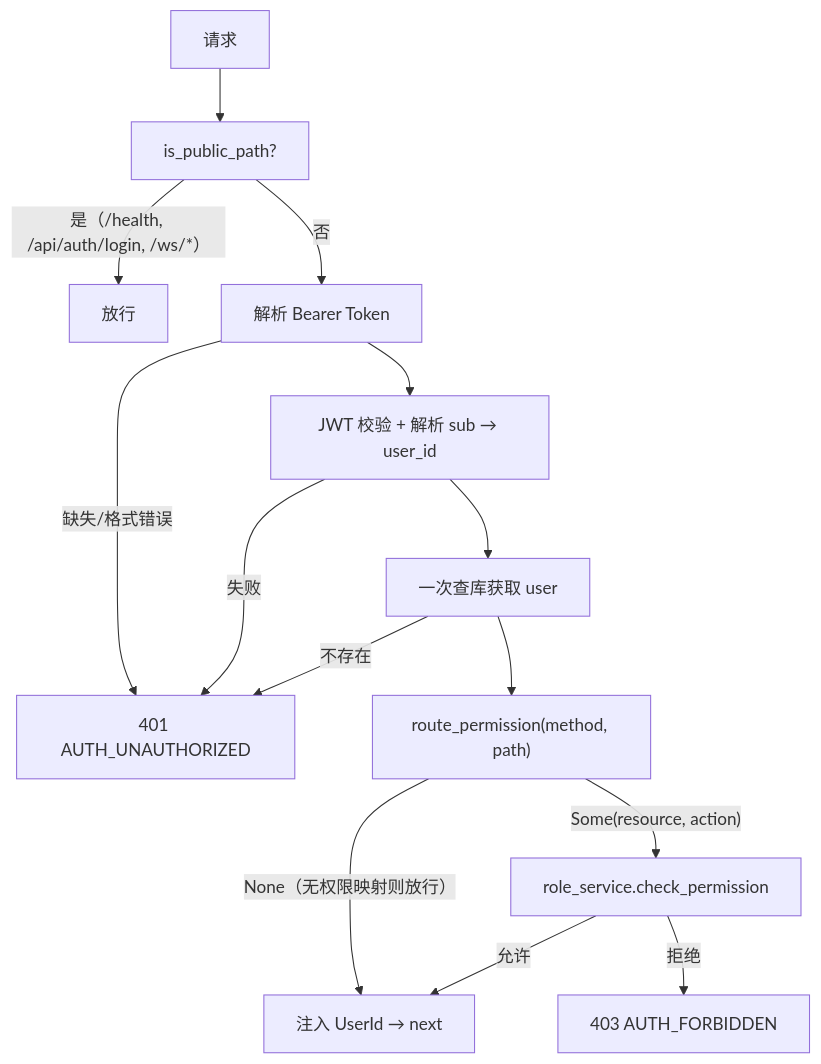
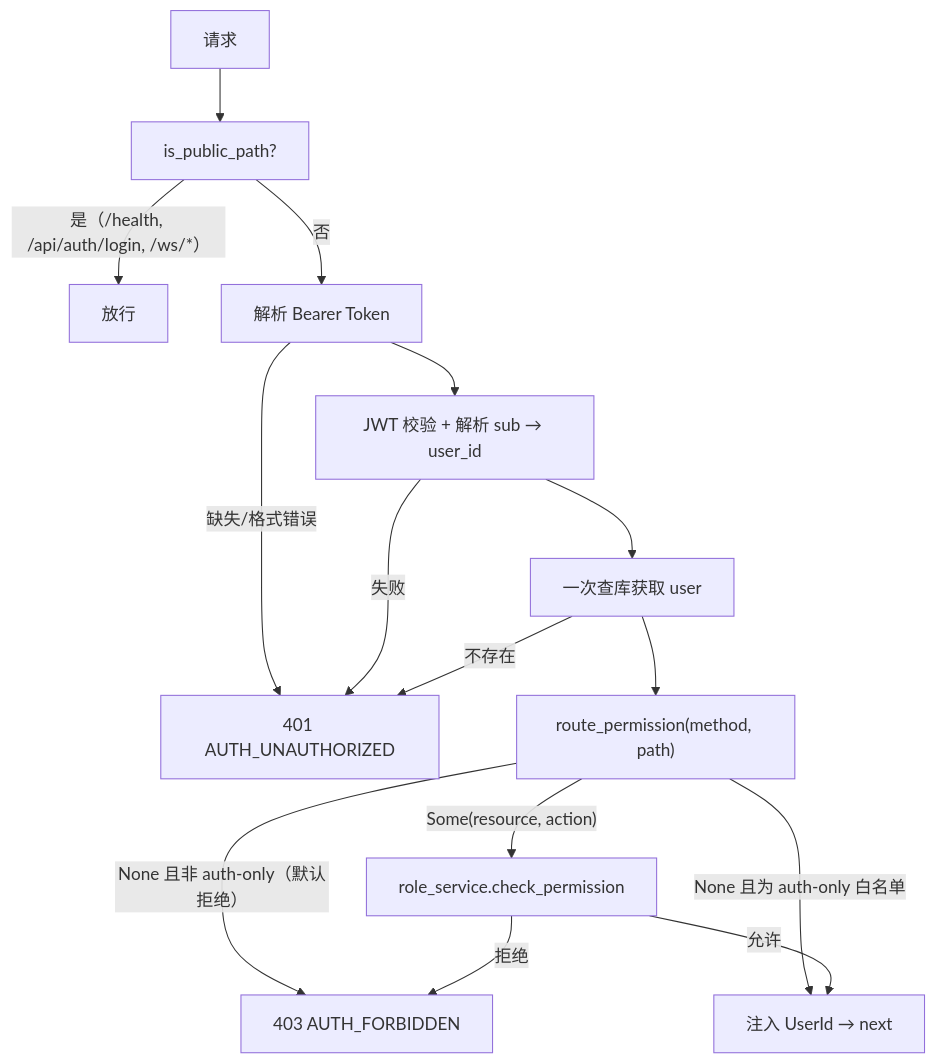
One commit to Forevery1021/Flamepanel changed the third of 3 diagrams in Doc/07-权限体系设计.md. Above: the diagram before and after it, drawn with Mermaid. The commit also changed other lines of this file and 264 other files, not shown here.

````diff
--- a/Doc/07-权限体系设计.md
+++ b/Doc/07-权限体系设计.md
@@ -87,16 +90,17 @@
 ```mermaid
 flowchart TD
     REQ["请求"] --> A["is_public_path?"]
     A -- "是（/health, /api/auth/login, /ws/*）" --> PASS["放行"]
     A -- "否" --> B["解析 Bearer Token"]
     B -- "缺失/格式错误" --> E401["401 AUTH_UNAUTHORIZED"]
     B --> C["JWT 校验 + 解析 sub → user_id"]
     C -- "失败" --> E401
     C --> D["一次查库获取 user"]
     D -- "不存在" --> E401
     D --> RBAC["route_permission(method, path)"]
-    RBAC -- "None（无权限映射则放行）" --> INJECT["注入 UserId → next"]
+    RBAC -- "None 且非 auth-only（默认拒绝）" --> E403["403 AUTH_FORBIDDEN"]
+    RBAC -- "None 且为 auth-only 白名单" --> INJECT["注入 UserId → next"]
     RBAC -- "Some(resource, action)" --> CHK["role_service.check_permission"]
     CHK -- "允许" --> INJECT
     CHK -- "拒绝" --> E403["403 AUTH_FORBIDDEN"]
 ```
````
